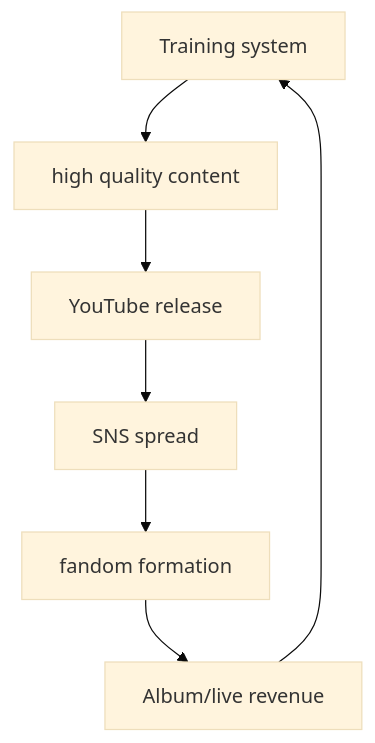
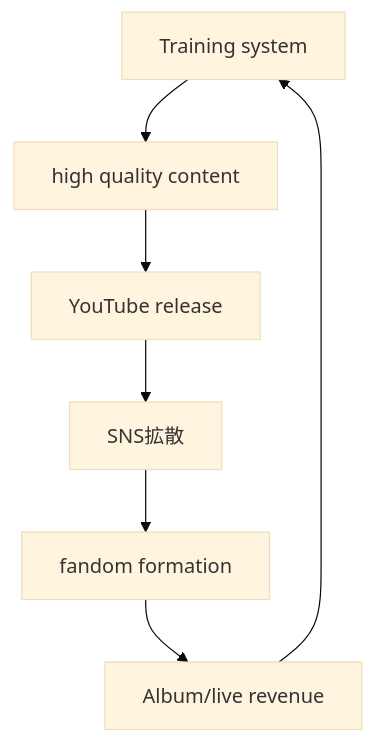
The second of 2 diagrams in en/_posts/2026-02-14-column-k-pop-sns.md (monumental-movement/monumental-movement.github.io), drawn with Mermaid (base theme) before and after one commit. The commit also changed other lines of this file and 1012 other files, not shown here.

```diff
--- a/en/_posts/2026-02-14-column-k-pop-sns.md
+++ b/en/_posts/2026-02-14-column-k-pop-sns.md
@@ -114,9 +114,9 @@
 <div class="mermaid">
 flowchart TD
     A[Training system] --> B[high quality content]
     B --> C[YouTube release]
-    C --> D[SNS spread]
+    C --> D[SNS拡散]
     D --> E[fandom formation]
     E --> F[Album/live revenue]
     F --> A
 </div>
```
